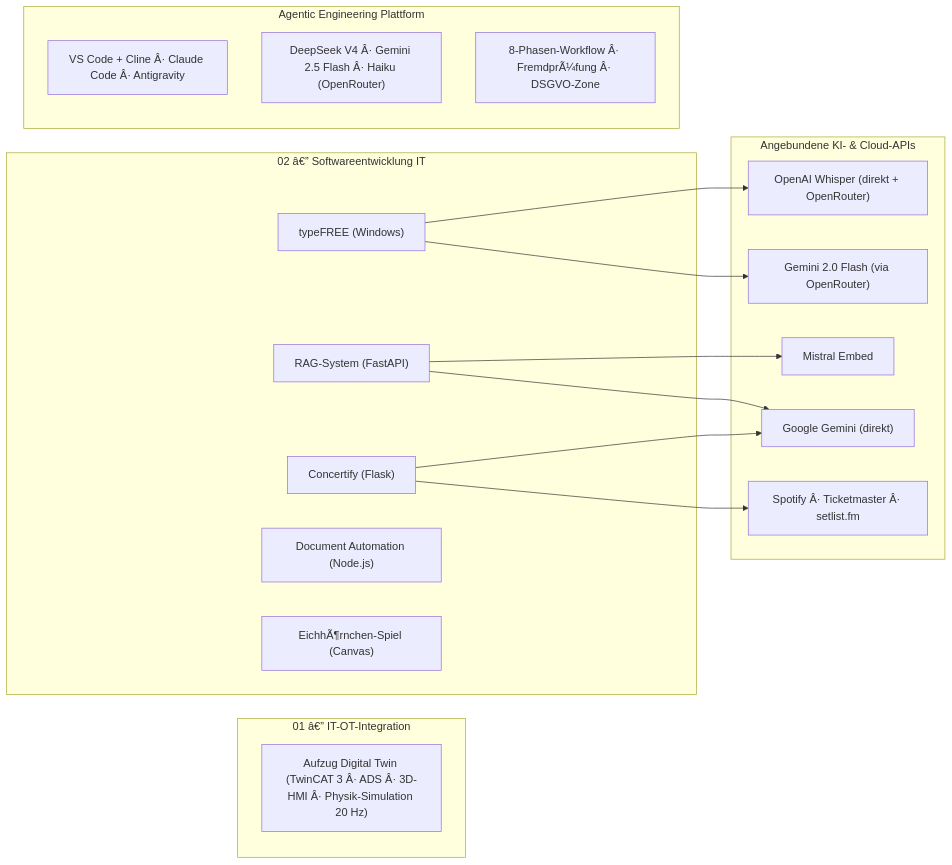
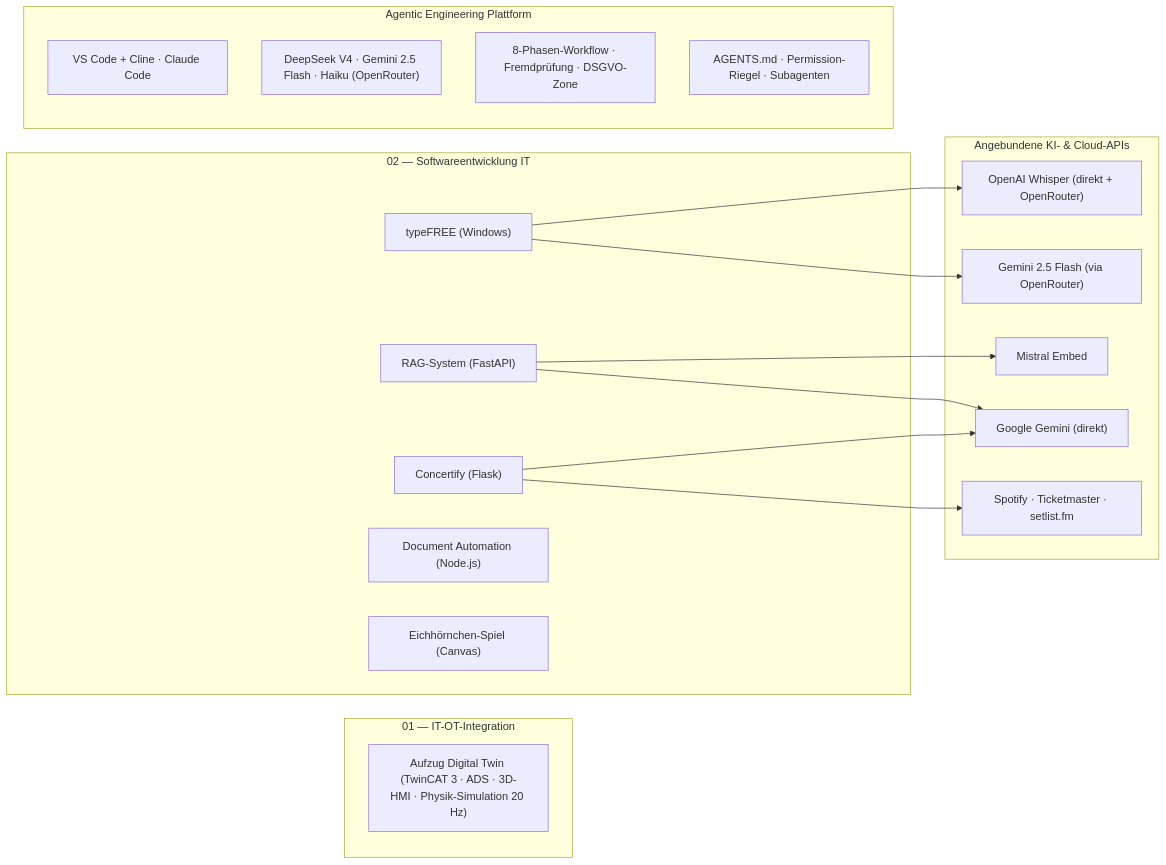
Before and after one commit to HeartledAgentEngineer/it-ot-agentic-engineering: the diagram in README.md, drawn with Mermaid. The commit also changed other lines of this file, not shown here.

````diff
--- a/README.md
+++ b/README.md
@@ -32,35 +32,36 @@
 ```mermaid
 graph LR
-    subgraph OT["01 â€” IT-OT-Integration"]
-        E["Aufzug Digital Twin (TwinCAT 3 Â· ADS Â· 3D-HMI Â· Physik-Simulation 20 Hz)"]
+    subgraph OT["01 — IT-OT-Integration"]
+        E["Aufzug Digital Twin (TwinCAT 3 · ADS · 3D-HMI · Physik-Simulation 20 Hz)"]
     end
 
-    subgraph IT["02 â€” Softwareentwicklung IT"]
+    subgraph IT["02 — Softwareentwicklung IT"]
         C["Concertify (Flask)"]
         T["typeFREE (Windows)"]
         R["RAG-System (FastAPI)"]
         D["Document Automation (Node.js)"]
-        S["EichhÃ¶rnchen-Spiel (Canvas)"]
+        S["Eichhörnchen-Spiel (Canvas)"]
     end
 
     subgraph APIs["Angebundene KI- & Cloud-APIs"]
         WH["OpenAI Whisper (direkt + OpenRouter)"]
-        G2F["Gemini 2.0 Flash (via OpenRouter)"]
+        G2F["Gemini 2.5 Flash (via OpenRouter)"]
         MB["Mistral Embed"]
         G2["Google Gemini (direkt)"]
-        SP["Spotify Â· Ticketmaster Â· setlist.fm"]
+        SP["Spotify · Ticketmaster · setlist.fm"]
     end
 
     subgraph AE["Agentic Engineering Plattform"]
-        CLI["VS Code + Cline Â· Claude Code Â· Antigravity"]
-        MOD["DeepSeek V4 Â· Gemini 2.5 Flash Â· Haiku (OpenRouter)"]
-        WF["8-Phasen-Workflow Â· FremdprÃ¼fung Â· DSGVO-Zone"]
+        CLI["VS Code + Cline · Claude Code"]
+        MOD["DeepSeek V4 · Gemini 2.5 Flash · Haiku (OpenRouter)"]
+        WF["8-Phasen-Workflow · Fremdprüfung · DSGVO-Zone"]
+        GR["AGENTS.md · Permission-Riegel · Subagenten"]
     end
 
     C["Concertify (Flask)"] --> SP
     C --> G2
     T["typeFREE (Windows)"] --> WH
     T --> G2F
     R["RAG-System (FastAPI)"] --> G2
     R --> MB
 ```
````
